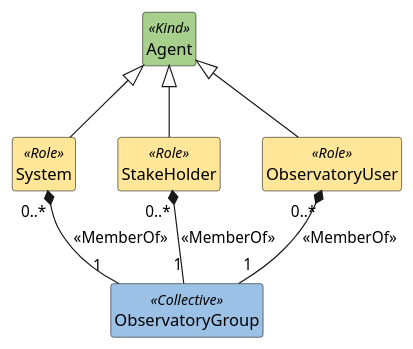
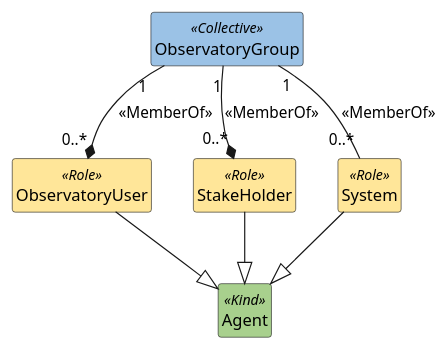
The diagram in mpo_agents_formalization.puml (kvojps/onto-mpo), drawn with PlantUML before and after one commit. The commit also changed 2 other files, not shown here.

Commit message:
[refac]: update relationships in MPO Structures Observatory Infra formalization and correct directionality in MPO Agents Formalization

```diff
--- a/mpo_agents_formalization.puml
+++ b/mpo_agents_formalization.puml
@@ -1,18 +1,18 @@
 @startuml MPO Agents Formalization
 hide members
 skinparam style strictuml
 
 class Agent <<Kind>> #A8D08D {}
 class ObservatoryUser <<Role>> #FFE699 {}
 class StakeHolder <<Role>> #FFE699 {}
 class System <<Role>> #FFE699 {}
 class ObservatoryGroup <<Collective>> #9BC2E6 {}
 
-ObservatoryUser -up-|> Agent
-StakeHolder -up-|> Agent
-System -up-|> Agent
-ObservatoryGroup "1" -up-* "0..*" ObservatoryUser: <<MemberOf>>
-ObservatoryGroup "1" -up-* "0..*" StakeHolder: <<MemberOf>>
-ObservatoryGroup "1" -up-* "0..*" System: <<MemberOf>>
+ObservatoryUser -down-|> Agent
+StakeHolder -down-|> Agent
+System -down-|> Agent
+ObservatoryGroup "1" -down-* "0..*" ObservatoryUser: <<MemberOf>>
+ObservatoryGroup "1" -down-* "0..*" StakeHolder: <<MemberOf>>
+ObservatoryGroup "1" -down- "0..*" System: <<MemberOf>>
 
 @enduml
```
